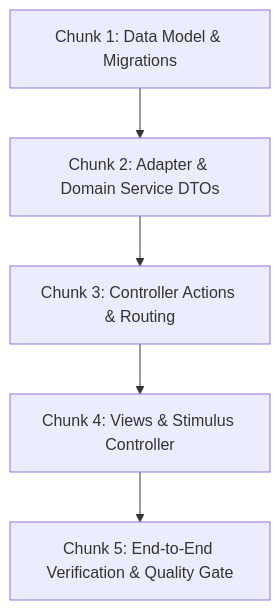
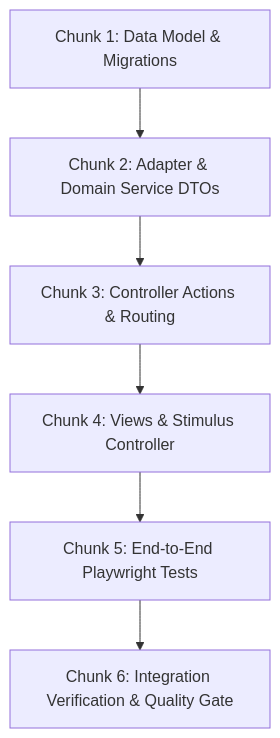
The second of 2 diagrams in .agents/skills/tech-specs/resources/tech-spec-template.md (sonzra/sonzra), drawn with Mermaid before and after one commit. The commit also changed other lines of this file and 81 other files, not shown here.

First line of the commit message:
feat(release): architecture decoupling, playlist additions (#4), and release automation (#18)

````diff
--- a/.agents/skills/tech-specs/resources/tech-spec-template.md
+++ b/.agents/skills/tech-specs/resources/tech-spec-template.md
@@ -87,7 +87,8 @@
 ```mermaid
 flowchart TD
     Chunk1["Chunk 1: Data Model & Migrations"] --> Chunk2["Chunk 2: Adapter & Domain Service DTOs"]
     Chunk2 --> Chunk3["Chunk 3: Controller Actions & Routing"]
     Chunk3 --> Chunk4["Chunk 4: Views & Stimulus Controller"]
-    Chunk4 --> Chunk5["Chunk 5: End-to-End Verification & Quality Gate"]
+    Chunk4 --> Chunk5["Chunk 5: End-to-End Playwright Tests"]
+    Chunk5 --> Chunk6["Chunk 6: Integration Verification & Quality Gate"]
 ```
````
